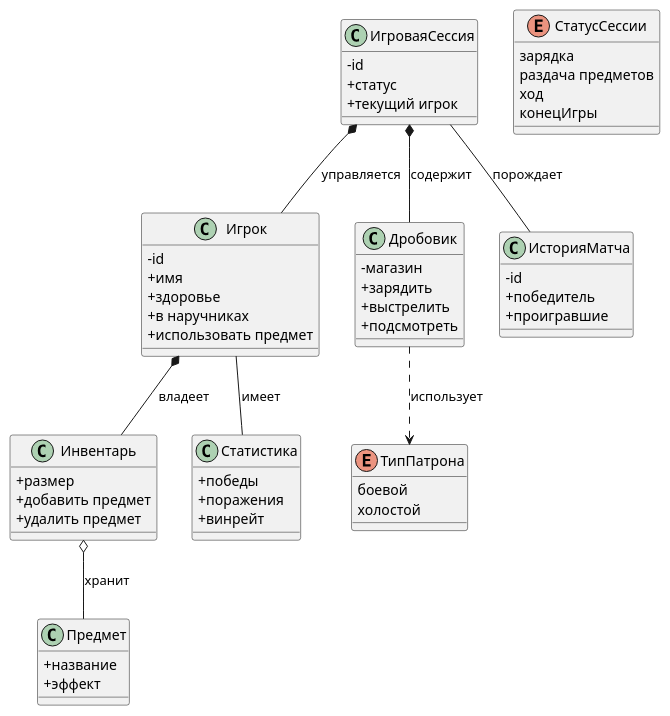
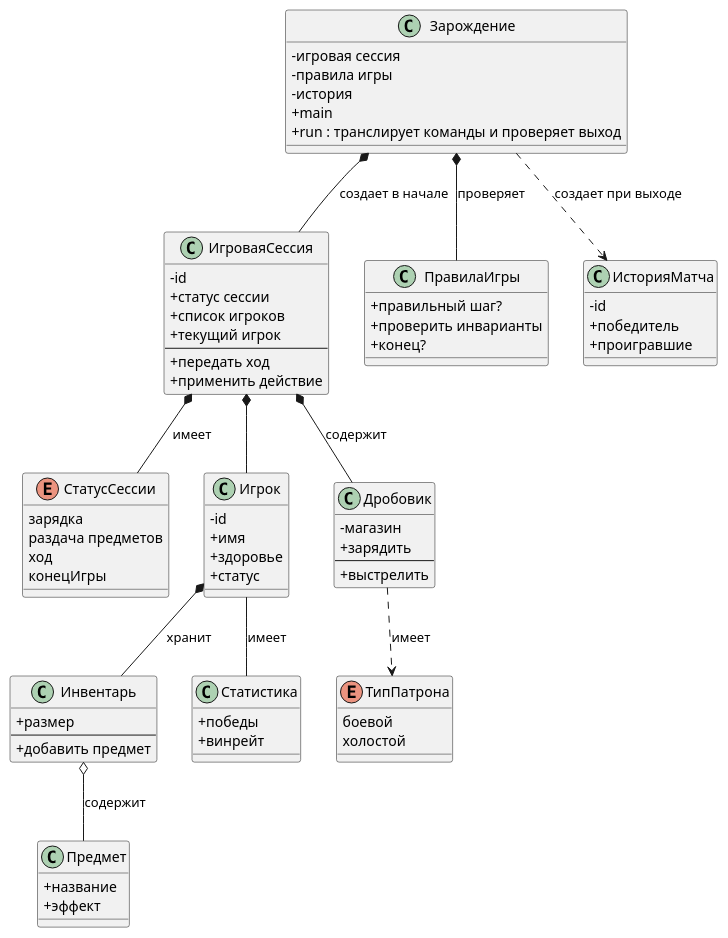
One commit to ermmmaks/CasePracticeKT changed the diagram in diagram.puml. Above: the diagram before and after it, drawn with PlantUML.

Commit message:
Change the structure

```diff
--- a/diagram.puml
+++ b/diagram.puml
@@ -1,71 +1,89 @@
 @startuml
 skinparam classAttributeIconSize 0
 
-enum ТипПатрона {
-    боевой
-    холостой
+class Зарождение {
+    - игровая сессия
+    - правила игры
+    - история
+    + main
+    + run : транслирует команды и проверяет выход
+}
+
+class ИгроваяСессия {
+    - id
+    + статус сессии
+    + список игроков
+    + текущий игрок
+    --
+    + передать ход
+    + применить действие
+}
+
+class ПравилаИгры {
+    + правильный шаг?
+    + проверить инварианты
+    + конец?
+}
+
+class ИсторияМатча {
+    - id
+    + победитель
+    + проигравшие
 }
 
 enum СтатусСессии {
     зарядка
     раздача предметов
     ход
     конецИгры
 }
 
-class ИгроваяСессия {
-    - id
-    + статус
-    + текущий игрок
-}
-
 class Игрок {
     - id
     + имя
     + здоровье
-    + в наручниках
-    + использовать предмет
+    + статус
 }
 
 class Дробовик {
     - магазин
     + зарядить
+    --
     + выстрелить
-    + подсмотреть
+}
+
+enum ТипПатрона {
+    боевой
+    холостой
 }
 
 class Инвентарь {
     + размер
+    --
     + добавить предмет
-    + удалить предмет
+}
+
+class Статистика {
+    + победы
+    + винрейт
 }
 
 class Предмет {
     + название
     + эффект
 }
 
-class ИсторияМатча {
-    - id
-    + победитель
-    + проигравшие
-}
+Зарождение *-- ИгроваяСессия : создает в начале
+Зарождение *-- ПравилаИгры : проверяет
+Зарождение ..> ИсторияМатча : создает при выходе
 
-class Статистика {
-    + победы
-    + поражения
-    + винрейт
-}
+ИгроваяСессия *-- СтатусСессии : имеет
+ИгроваяСессия *-- Игрок
+ИгроваяСессия *-- Дробовик : содержит
 
-' Связи (Relationships)
-ИгроваяСессия *-- Игрок : управляется
-ИгроваяСессия *-- Дробовик : содержит
-ИгроваяСессия -- ИсторияМатча : порождает
-
-Игрок *-- Инвентарь : владеет
-Инвентарь o-- Предмет : хранит
+Игрок *-- Инвентарь : хранит
 Игрок -- Статистика : имеет
-
-Дробовик ..> ТипПатрона : использует
+Инвентарь o-- Предмет : содержит
+Дробовик ..> ТипПатрона : имеет
 
 @enduml
```
